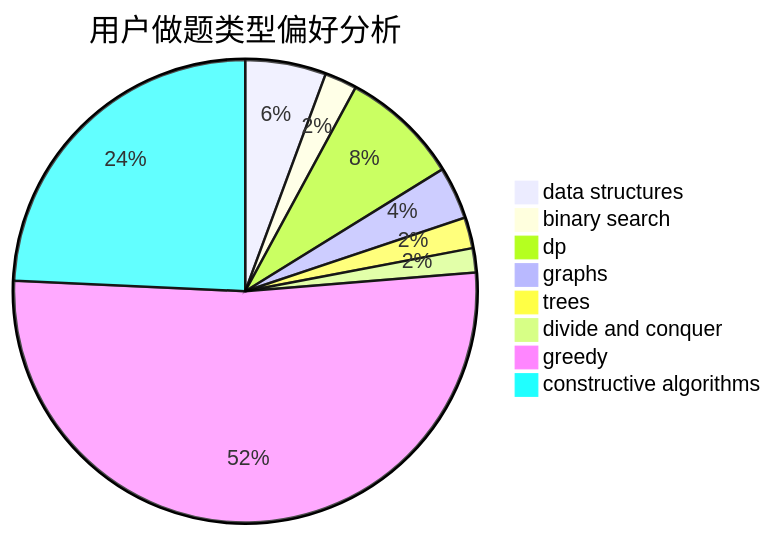
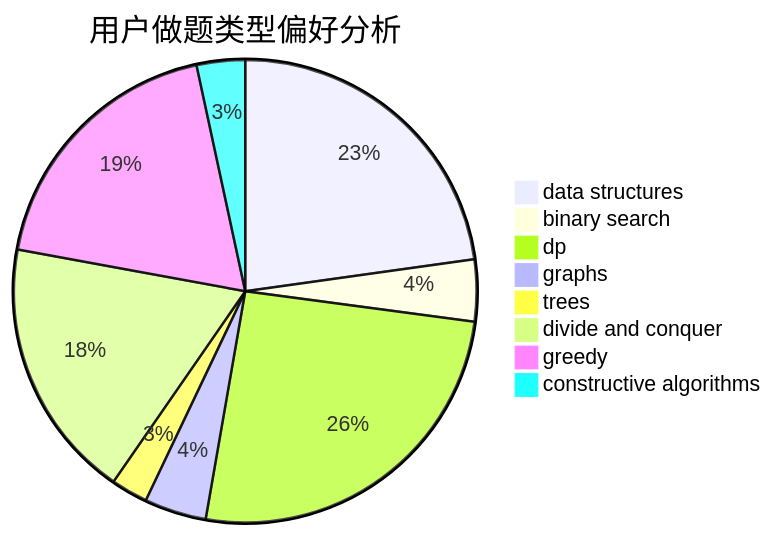
Before and after one commit to sherpahu/cfrs.github.io: the second of 3 diagrams in docs/user/u881.md, drawn with Mermaid. The commit also changed other lines of this file and 2770 other files, not shown here.

````diff
--- a/docs/user/u881.md
+++ b/docs/user/u881.md
@@ -23,11 +23,11 @@
 ```mermaid
 pie title 用户做题类型偏好分析
-    "data structures" :  60
-    "binary search" :  24
-    "dp" :  88
-    "graphs" :  39
-    "trees" :  23
-    "divide and conquer" :  18
-    "greedy" :  553
-    "constructive algorithms" :  258
+    "data structures" :  337
+    "binary search" :  64
+    "dp" :  379
+    "graphs" :  64
+    "trees" :  38
+    "divide and conquer" :  270
+    "greedy" :  277
+    "constructive algorithms" :  50
 ```
````
